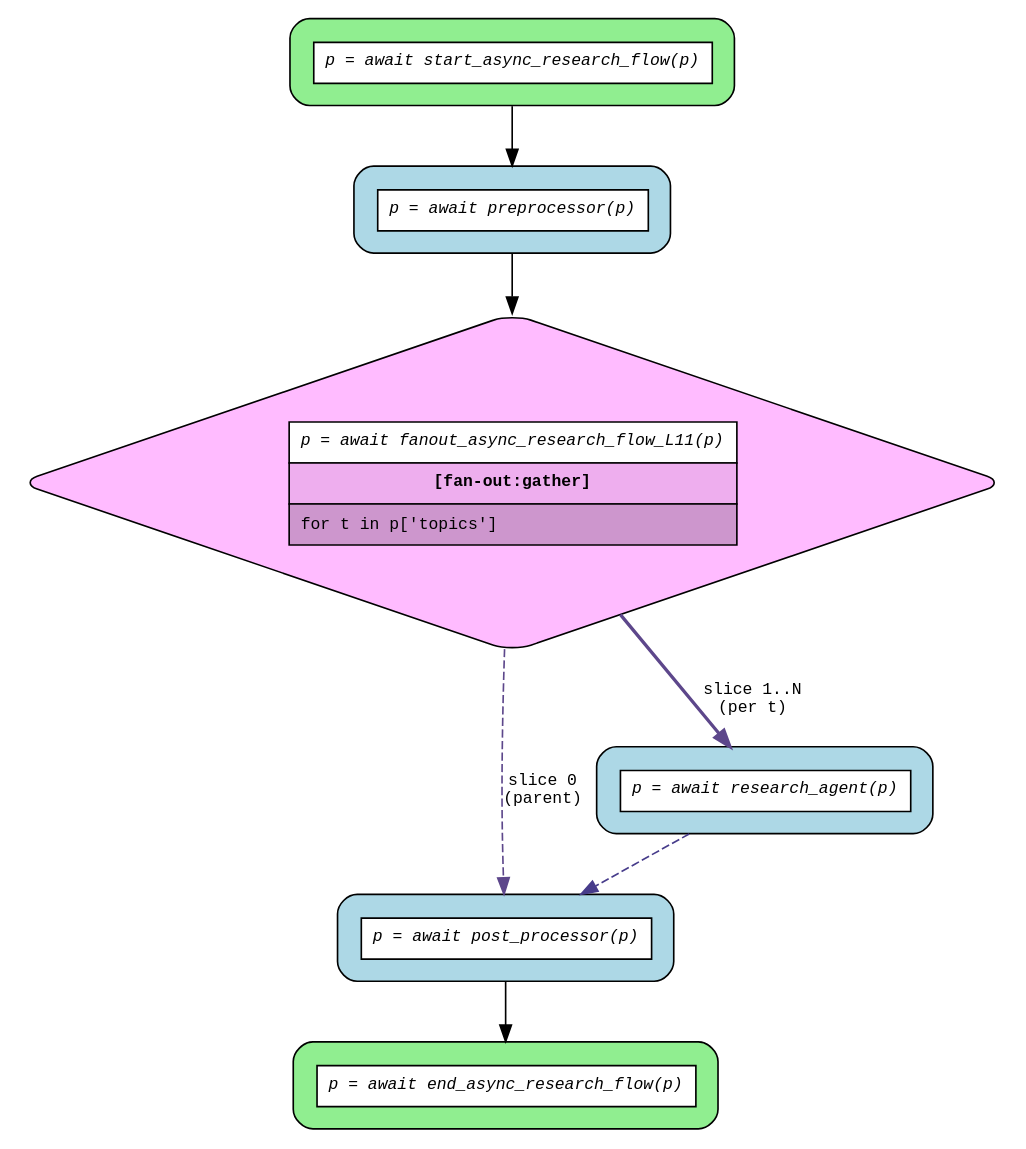
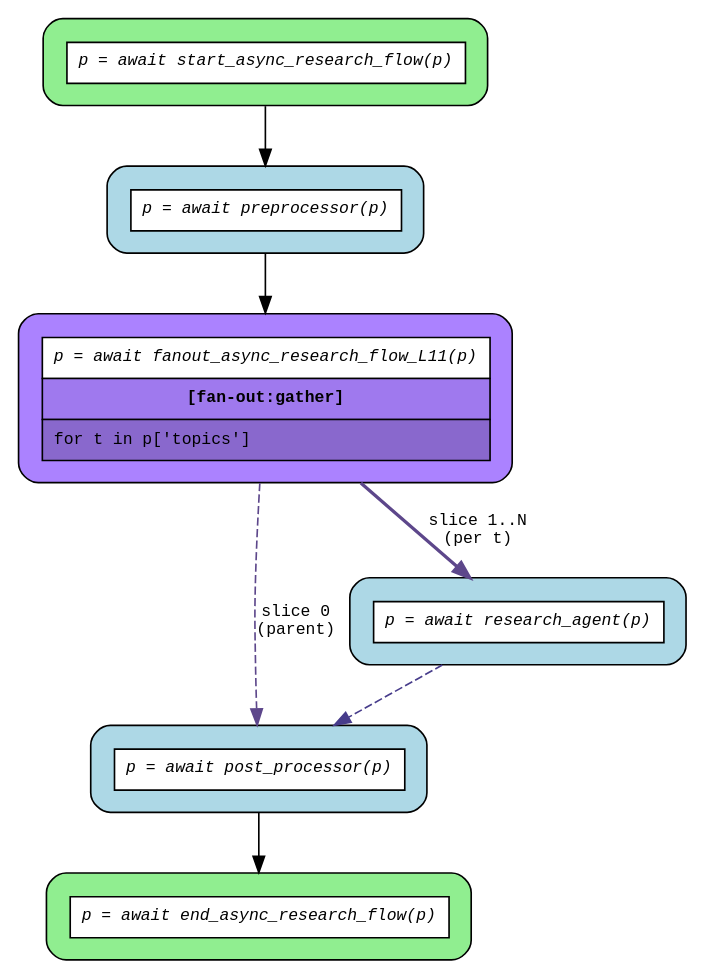
Before and after one commit to deliveryhero/asya: the diagram in examples/flows/compiled/fanout_gather/flow.dot, drawn with Graphviz. The commit also changed 13 other files, not shown here.

```diff
--- a/examples/flows/compiled/fanout_gather/flow.dot
+++ b/examples/flows/compiled/fanout_gather/flow.dot
@@ -1,20 +1,20 @@
 digraph flow {
   rankdir=TB;
   graph [fontname="Courier", fontsize=10];
   node [fontname="Courier", fontsize=10, shape=box, style="filled,rounded", margin="0.2"];
   edge [fontname="Courier", fontsize=10];
 
   start_async_research_flow [fillcolor="lightgreen", label=<<table border="0" cellspacing="0" cellpadding="6" cellborder="1"><tr><td bgcolor="white" align="center"><i>p = await start_async_research_flow(p)</i></td></tr></table>>];
-  fanout_async_research_flow_L11 [fillcolor="plum1", label=<<table border="0" cellspacing="0" cellpadding="6" cellborder="1"><tr><td bgcolor="white" align="center"><i>p = await fanout_async_research_flow_L11(p)</i></td></tr><tr><td bgcolor="plum2" align="center"><b>[fan-out:gather]</b></td></tr><tr><td bgcolor="plum3" align="left">for t in p['topics']</td></tr></table>>, shape=diamond];
+  fanout_async_research_flow_L11 [fillcolor="mediumpurple1", label=<<table border="0" cellspacing="0" cellpadding="6" cellborder="1"><tr><td bgcolor="white" align="center"><i>p = await fanout_async_research_flow_L11(p)</i></td></tr><tr><td bgcolor="mediumpurple2" align="center"><b>[fan-out:gather]</b></td></tr><tr><td bgcolor="mediumpurple3" align="left">for t in p['topics']</td></tr></table>>];
   end_async_research_flow [fillcolor="lightgreen", label=<<table border="0" cellspacing="0" cellpadding="6" cellborder="1"><tr><td bgcolor="white" align="center"><i>p = await end_async_research_flow(p)</i></td></tr></table>>];
   post_processor [fillcolor="lightblue", label=<<table border="0" cellspacing="0" cellpadding="6" cellborder="1"><tr><td bgcolor="white" align="center"><i>p = await post_processor(p)</i></td></tr></table>>];
   preprocessor [fillcolor="lightblue", label=<<table border="0" cellspacing="0" cellpadding="6" cellborder="1"><tr><td bgcolor="white" align="center"><i>p = await preprocessor(p)</i></td></tr></table>>];
   research_agent [fillcolor="lightblue", label=<<table border="0" cellspacing="0" cellpadding="6" cellborder="1"><tr><td bgcolor="white" align="center"><i>p = await research_agent(p)</i></td></tr></table>>];
 
   fanout_async_research_flow_L11 -> post_processor [color=mediumpurple4, label="slice 0\n(parent)", style=dashed];
   fanout_async_research_flow_L11 -> research_agent [color=mediumpurple4, label="slice 1..N\n(per t)", style=bold];
   post_processor -> end_async_research_flow;
   preprocessor -> fanout_async_research_flow_L11;
   research_agent -> post_processor [color=slateblue4, style=dashed];
   start_async_research_flow -> preprocessor;
 }
```
